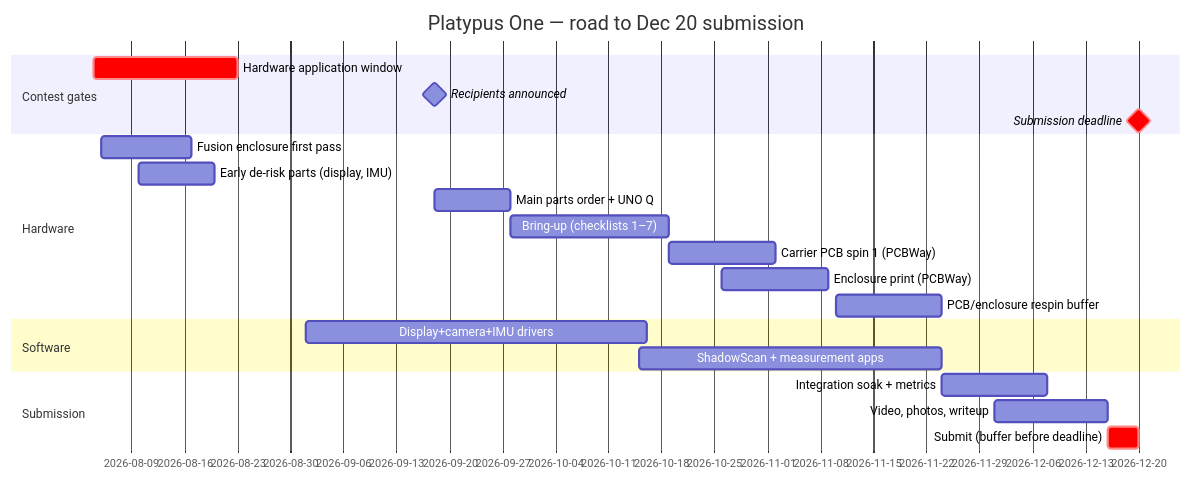
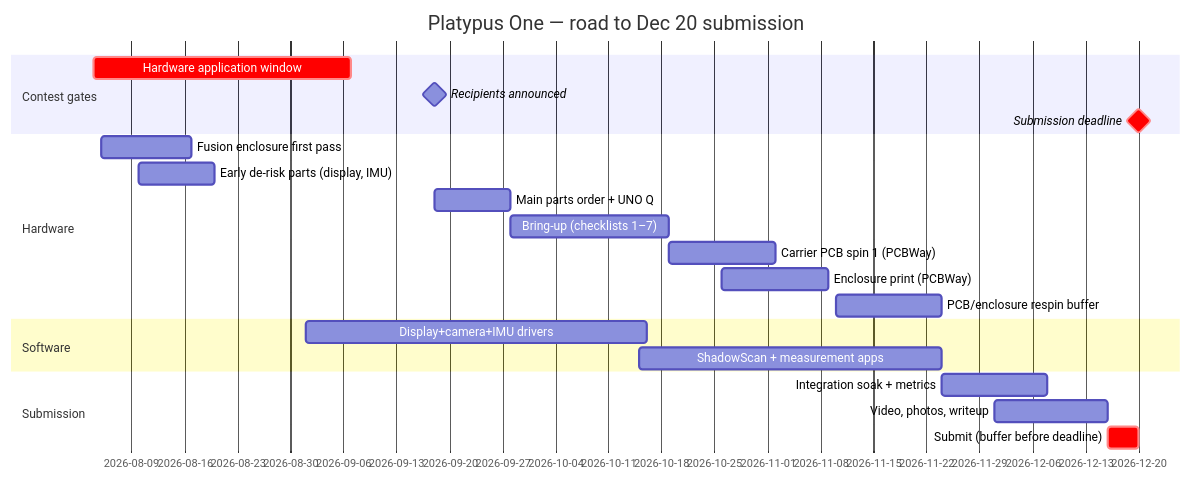
The diagram in docs/hardware/ACQUISITION_ROADMAP.md (Matthewjg95/PlatypusOne), drawn with Mermaid before and after one commit. The commit also changed other lines of this file and 2 other files, not shown here.

````diff
--- a/docs/hardware/ACQUISITION_ROADMAP.md
+++ b/docs/hardware/ACQUISITION_ROADMAP.md
@@ -8,24 +8,24 @@
 ```mermaid
 gantt
     dateFormat  YYYY-MM-DD
     title Platypus One — road to Dec 20 submission
     section Contest gates
-    Hardware application window   :crit, 2026-08-04, 2026-08-23
+    Hardware application window   :crit, 2026-08-04, 2026-09-07
     Recipients announced          :milestone, 2026-09-18, 0d
     Submission deadline           :milestone, crit, 2026-12-20, 0d
     section Hardware
     Fusion enclosure first pass   :2026-08-05, 12d
     Early de-risk parts (display, IMU) :2026-08-10, 10d
     Main parts order + UNO Q      :2026-09-18, 10d
     Bring-up (checklists 1–7)     :2026-09-28, 21d
     Carrier PCB spin 1 (PCBWay)   :2026-10-19, 14d
     Enclosure print (PCBWay)      :2026-10-26, 14d
     PCB/enclosure respin buffer   :2026-11-10, 14d
     section Software
     Display+camera+IMU drivers    :2026-09-01, 45d
     ShadowScan + measurement apps :2026-10-15, 40d
     section Submission
     Integration soak + metrics    :2026-11-24, 14d
     Video, photos, writeup        :2026-12-01, 15d
     Submit (buffer before deadline):crit, 2026-12-16, 4d
 ```
````
